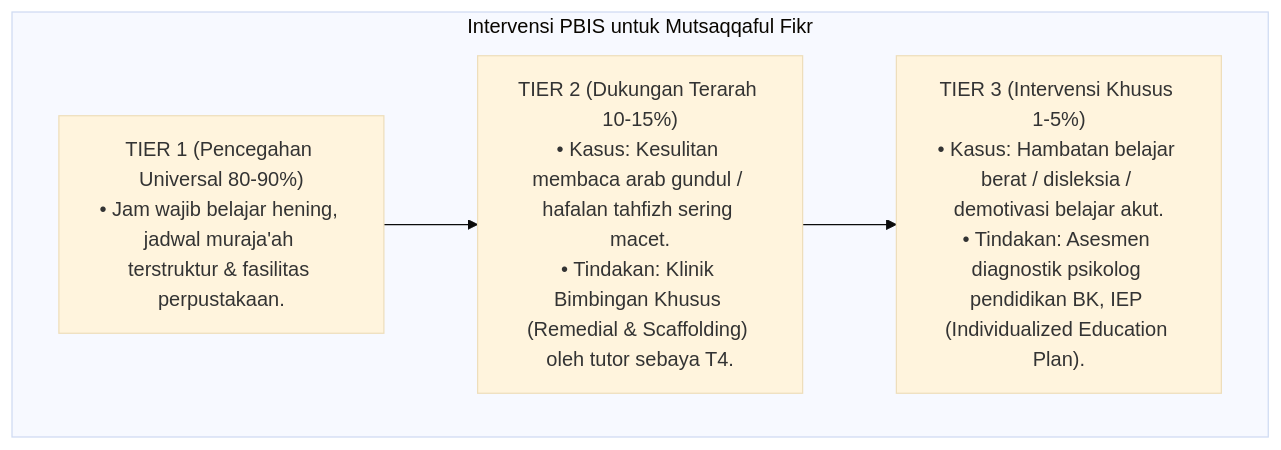
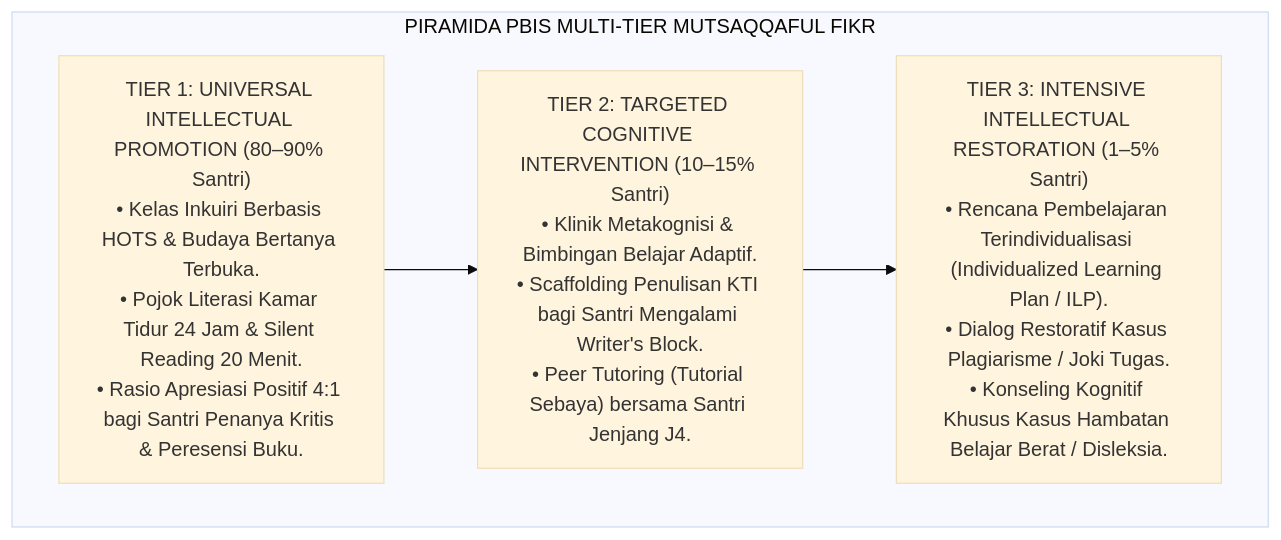
Before and after one commit to wandiapriliyandi/tumbuh: the third of 6 diagrams in 03 Capacity Framework/08 Mutsaqqaful Fikr/P3-08-10-Protokol-Intervensi-dan-Pembiasaan.md, drawn with Mermaid (base theme). The commit also changed other lines of this file and 14 other files, not shown here.

Commit message:
docs(03-capacity): complete 15 research monographs for 08 Mutsaqqaful Fikr

````diff
--- a/03 Capacity Framework/08 Mutsaqqaful Fikr/P3-08-10-Protokol-Intervensi-dan-Pembiasaan.md
+++ b/03 Capacity Framework/08 Mutsaqqaful Fikr/P3-08-10-Protokol-Intervensi-dan-Pembiasaan.md
@@ -21,12 +96,12 @@
 ```mermaid
-graph TD
-    subgraph Intervensi_Intelektual_PBIS["Intervensi PBIS untuk Mutsaqqaful Fikr"]
-        Tier1["TIER 1 (Pencegahan Universal 80-90%)<br/>• Jam wajib belajar hening, jadwal muraja'ah terstruktur & fasilitas perpustakaan."]
+flowchart TD
+    subgraph PiramidaPBISIntelektual["PIRAMIDA PBIS MULTI-TIER MUTSAQQAFUL FIKR"]
+        T1["TIER 1: UNIVERSAL INTELLECTUAL PROMOTION (80–90% Santri)<br/>• Kelas Inkuiri Berbasis HOTS & Budaya Bertanya Terbuka.<br/>• Pojok Literasi Kamar Tidur 24 Jam & Silent Reading 20 Menit.<br/>• Rasio Apresiasi Positif 4:1 bagi Santri Penanya Kritis & Peresensi Buku."]
         
-        Tier2["TIER 2 (Dukungan Terarah 10-15%)<br/>• Kasus: Kesulitan membaca arab gundul / hafalan tahfizh sering macet.<br/>• Tindakan: Klinik Bimbingan Khusus (Remedial & Scaffolding) oleh tutor sebaya T4."]
+        T2["TIER 2: TARGETED COGNITIVE INTERVENTION (10–15% Santri)<br/>• Klinik Metakognisi & Bimbingan Belajar Adaptif.<br/>• Scaffolding Penulisan KTI bagi Santri Mengalami Writer's Block.<br/>• Peer Tutoring (Tutorial Sebaya) bersama Santri Jenjang J4."]
         
-        Tier3["TIER 3 (Intervensi Khusus 1-5%)<br/>• Kasus: Hambatan belajar berat / disleksia / demotivasi belajar akut.<br/>• Tindakan: Asesmen diagnostik psikolog pendidikan BK, IEP (Individualized Education Plan)."]
-
-        Tier1 --> Tier2 --> Tier3
+        T3["TIER 3: INTENSIVE INTELLECTUAL RESTORATION (1–5% Santri)<br/>• Rencana Pembelajaran Terindividualisasi (Individualized Learning Plan / ILP).<br/>• Dialog Restoratif Kasus Plagiarisme / Joki Tugas.<br/>• Konseling Kognitif Khusus Kasus Hambatan Belajar Berat / Disleksia."]
+        
+        T1 --> T2 --> T3
     end
 ```
````
